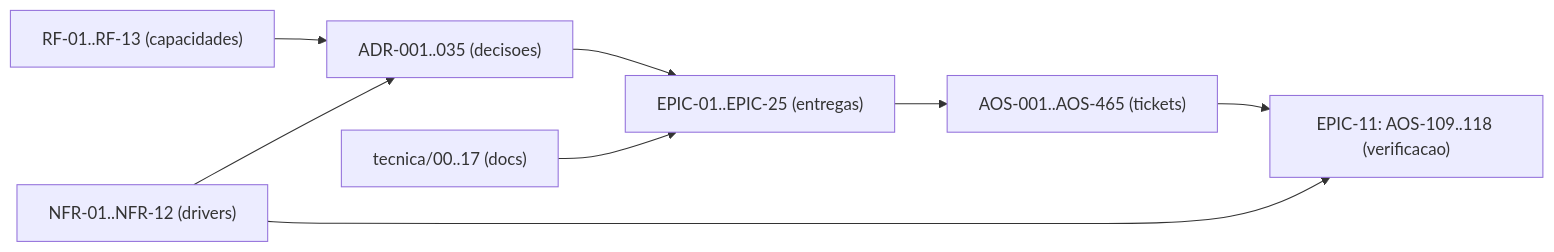
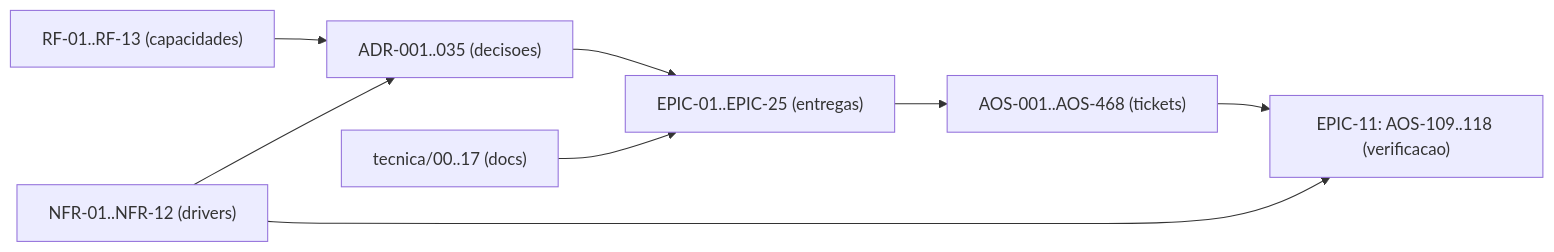
One commit to albinoJimy/aos changed the diagram in tecnica/16_Rastreabilidade_RTM.md. Above: the diagram before and after it, drawn with Mermaid. The commit also changed other lines of this file and 19 other files, not shown here.

````diff
--- a/tecnica/16_Rastreabilidade_RTM.md
+++ b/tecnica/16_Rastreabilidade_RTM.md
@@ -200,10 +200,10 @@
 ```mermaid
 flowchart LR
     RF["RF-01..RF-13 (capacidades)"] --> ADR["ADR-001..035 (decisoes)"]
     NFR["NFR-01..NFR-12 (drivers)"] --> ADR
     ADR --> EPIC["EPIC-01..EPIC-25 (entregas)"]
-    EPIC --> TICK["AOS-001..AOS-465 (tickets)"]
+    EPIC --> TICK["AOS-001..AOS-468 (tickets)"]
     DOC["tecnica/00..17 (docs)"] --> EPIC
     TICK --> TEST["EPIC-11: AOS-109..118 (verificacao)"]
     NFR --> TEST
 ```
````
